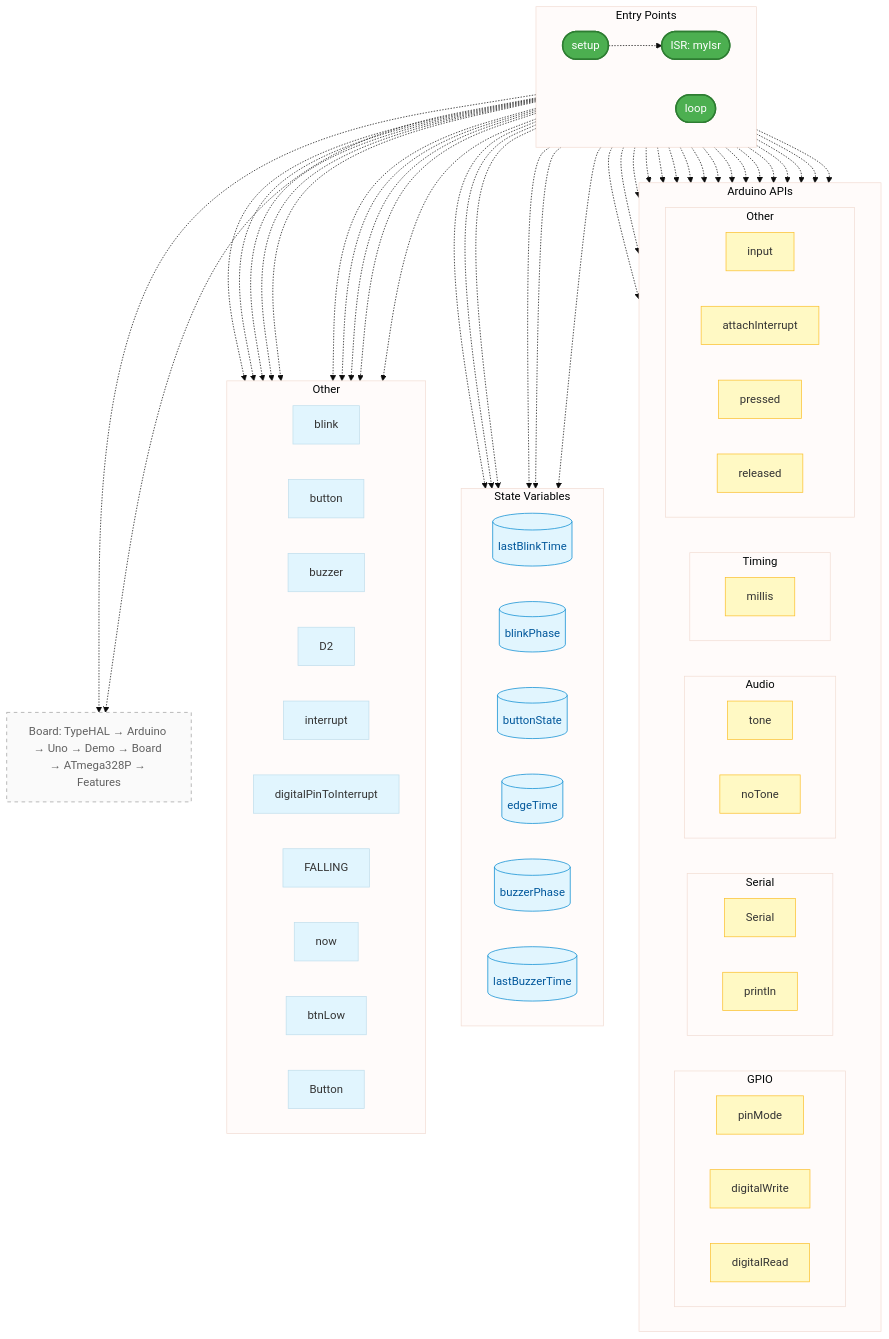
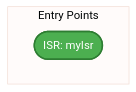
One commit to typecad/hal changed the first of 8 diagrams in demo/src/out/sketch/diagnostics.md. Above: the diagram before and after it, drawn with Mermaid. The commit also changed other lines of this file and 101 other files, not shown here.

````diff
--- a/demo/src/out/sketch/diagnostics.md
+++ b/demo/src/out/sketch/diagnostics.md
@@ -33,102 +33,7 @@
   classDef board fill:#fafafa,stroke:#9e9e9e,color:#616161,stroke-width:1px,stroke-dasharray: 5 5;
   subgraph Entry["Entry Points"]
     direction LR
-    setup([setup]):::entry
-    loop([loop]):::entry
     myIsr([ISR: myIsr]):::entry
   end
 
-  subgraph APIs["Arduino APIs"]
-    direction LR
-    subgraph gpio[GPIO]
-      direction LR
-      pinMode[pinMode]:::api
-      digitalWrite[digitalWrite]:::api
-      digitalRead[digitalRead]:::api
-    end
-    subgraph serial[Serial]
-      direction LR
-      Serial[Serial]:::api
-      println[println]:::api
-    end
-    subgraph audio[Audio]
-      direction LR
-      tone[tone]:::api
-      noTone[noTone]:::api
-    end
-    subgraph timing[Timing]
-      direction LR
-      millis[millis]:::api
-    end
-    subgraph other["Other"]
-      direction LR
-      input[input]:::api
-      attachInterrupt[attachInterrupt]:::api
-      pressed[pressed]:::api
-      released[released]:::api
-    end
-  end
-
-  subgraph Vars["State Variables"]
-    direction LR
-    lastBlinkTime[(lastBlinkTime)]:::var
-    blinkPhase[(blinkPhase)]:::var
-    buttonState[(buttonState)]:::var
-    edgeTime[(edgeTime)]:::var
-    buzzerPhase[(buzzerPhase)]:::var
-    lastBuzzerTime[(lastBuzzerTime)]:::var
-  end
-
-  subgraph Misc["Other"]
-    direction LR
-    blink[blink]
-    button[button]
-    buzzer[buzzer]
-    D2[D2]
-    interrupt[interrupt]
-    digitalPinToInterrupt[digitalPinToInterrupt]
-    FALLING[FALLING]
-    now[now]
-    btnLow[btnLow]
-    Button[Button]
-  end
-
-  board_collapsed["Board: TypeHAL → Arduino → Uno → Demo → Board → ATmega328P → Features"]:::board
-
-  setup -.-> Serial
-  setup -.-> println
-  setup -.-> blink
-  setup -.-> button
-  setup -.-> input
-  setup -.-> buzzer
-  setup -.-> tone
-  setup -.-> D2
-  setup -.-> interrupt
-  setup -.-> pinMode
-  setup -.-> attachInterrupt
-  setup -.-> digitalPinToInterrupt
-  setup -.-> myIsr
-  setup -.-> FALLING
-  myIsr -.-> digitalWrite
-  myIsr -.-> digitalRead
-  loop -.-> now
-  loop -.-> millis
-  loop -.-> lastBlinkTime
-  loop -.-> blinkPhase
-  loop -.-> digitalWrite
-  loop -.-> btnLow
-  loop -.-> digitalRead
-  loop -.-> buttonState
-  loop -.-> edgeTime
-  loop -.-> Serial
-  loop -.-> println
-  loop -.-> Button
-  loop -.-> pressed
-  loop -.-> released
-  loop -.-> tone
-  loop -.-> buzzerPhase
-  loop -.-> lastBuzzerTime
-  loop -.-> noTone
-  setup -.-> board_collapsed
-  loop -.-> board_collapsed
 ```
````
